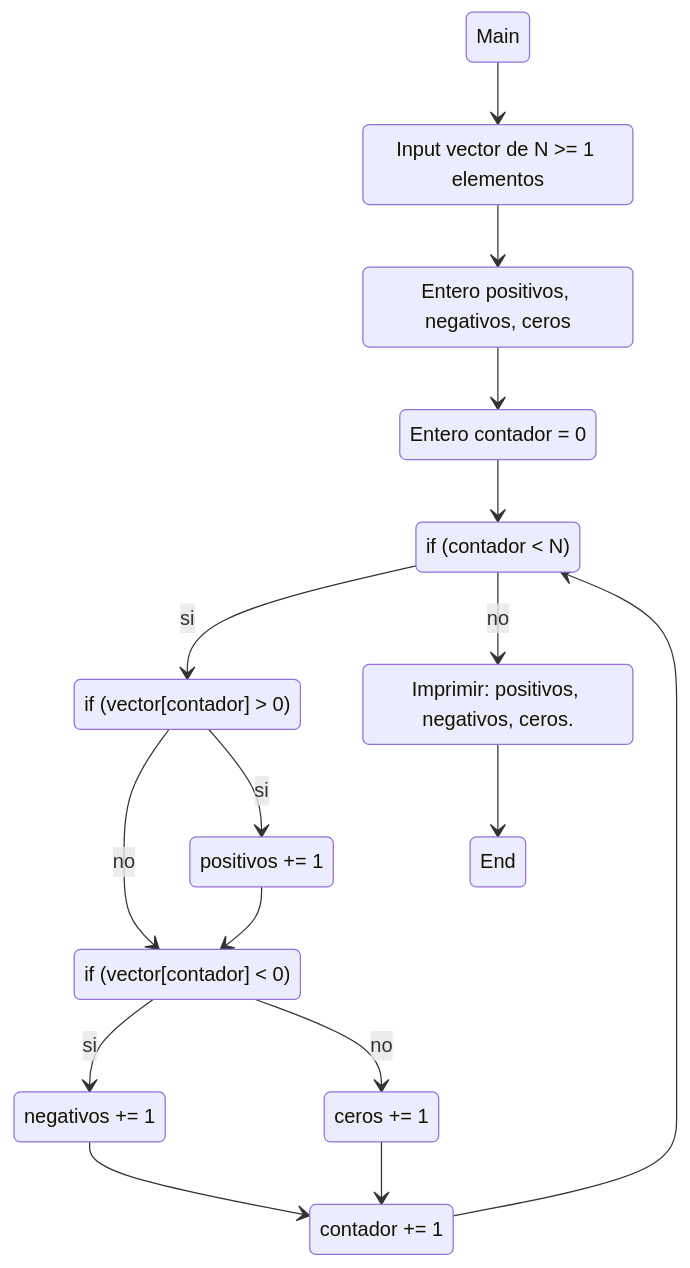
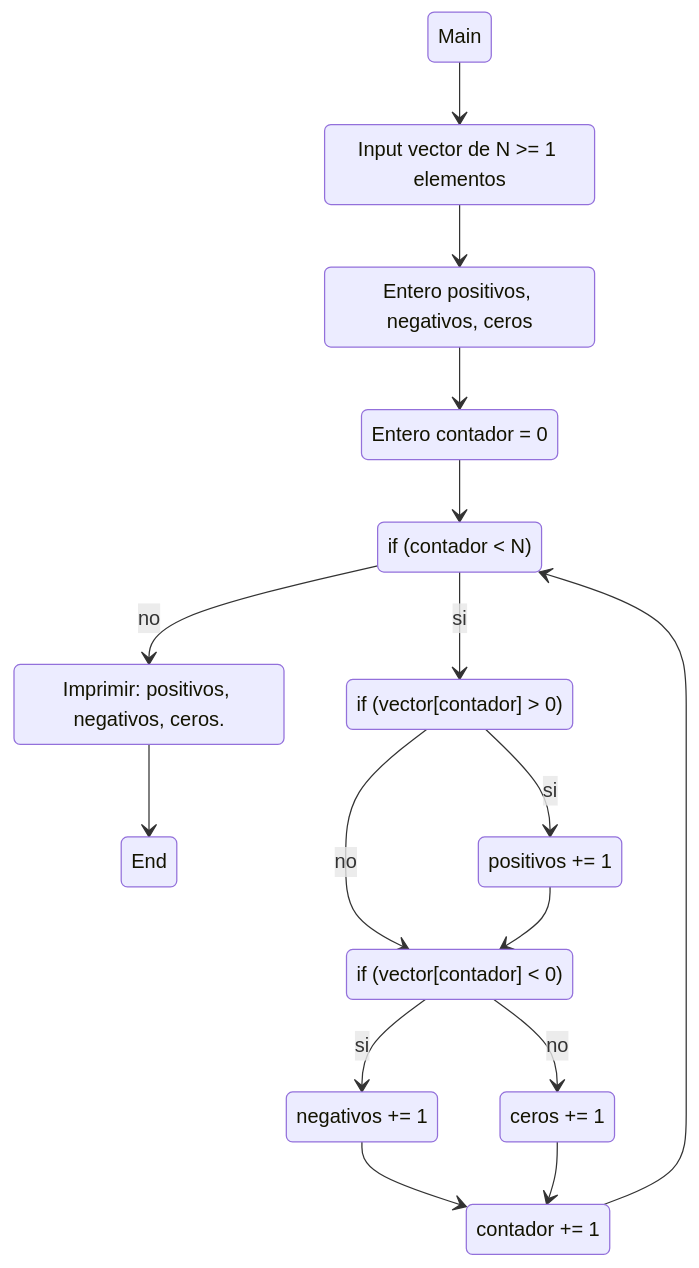
One commit to ValentinJM/TP-8 changed the diagram in Ejercicios TP8 bis/1.md. Above: the diagram before and after it, drawn with Mermaid.

Commit message:
Actualizado

````diff
--- a/Ejercicios TP8 bis/1.md
+++ b/Ejercicios TP8 bis/1.md
@@ -3,32 +3,33 @@
 ```mermaid
 stateDiagram-v2
 state "Input vector de N >= 1 elementos" as IN1
 state "Entero positivos, negativos, ceros" as DEC1
 state "Entero contador = 0" as DEF1
 state "if (contador < N)" as COND1
 state "if (vector[contador] > 0)" as COND2
 state "if (vector[contador] < 0)" as COND3
 state "positivos += 1" as RES1
 state "negativos += 1" as RES2
 state "ceros += 1" as RES3
 state "contador += 1" as RES4
 state "Imprimir: positivos, negativos, ceros." as OUT1
     Main --> IN1
     IN1 --> DEC1
     DEC1 --> DEF1
     DEF1 --> COND1
+    COND1 --> OUT1 : no
     COND1 --> COND2 : si
     COND2 --> COND3 : no
     COND2 --> RES1 : si
     RES1 --> COND3
     COND3 --> RES2 : si
     COND3 --> RES3 : no
     RES2 --> RES4
     RES3 --> RES4
-    COND1 --> OUT1 : no
+    
     RES4 --> COND1
     OUT1 --> End
     
     
     
 ```
````
